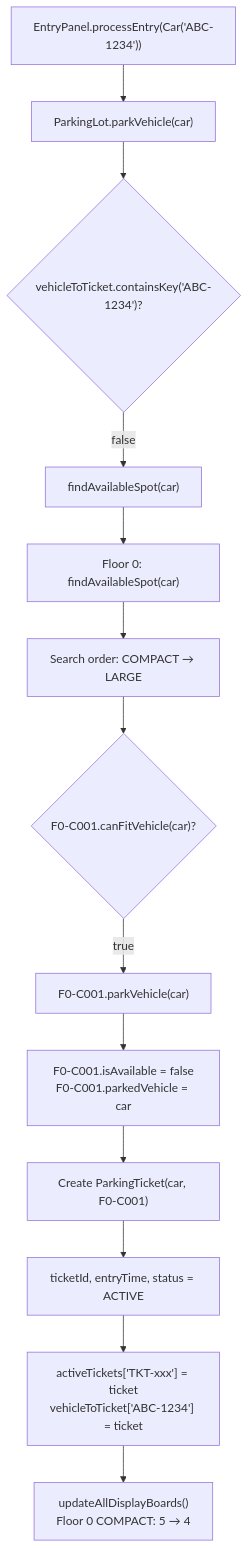
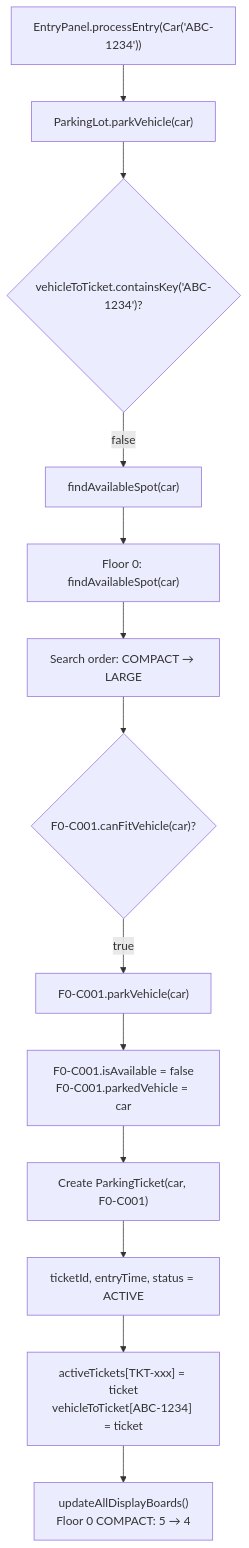
Before and after one commit to Prateeshtalasu/SystemDesignGuide: the first of 9 diagrams in Phase-08-Low-Level-Design/01-parking-lot/03-simulation-testing.md, drawn with Mermaid. The commit also changed other lines of this file and 171 other files, not shown here.

Commit message:
Convert ASCII diagrams to Mermaid in Phase-08-Low-Level-Design - Converted 2 ASCII diagrams (library-management state transition, elevator-system class diagram) to Mermaid - Validated all 100 existing Mermaid diagrams - Wrapped ASCII diagrams in collapsible details blocks for reference

````diff
--- a/Phase-08-Low-Level-Design/01-parking-lot/03-simulation-testing.md
+++ b/Phase-08-Low-Level-Design/01-parking-lot/03-simulation-testing.md
@@ -18,22 +18,22 @@
 ```mermaid
 flowchart TD
     A["EntryPanel.processEntry(Car('ABC-1234'))"]
     B["ParkingLot.parkVehicle(car)"]
     C{"vehicleToTicket.containsKey('ABC-1234')?"}
     D["findAvailableSpot(car)"]
     E["Floor 0: findAvailableSpot(car)"]
     F["Search order: COMPACT → LARGE"]
     G{"F0-C001.canFitVehicle(car)?"}
     H["F0-C001.parkVehicle(car)"]
     I["F0-C001.isAvailable = false<br/>F0-C001.parkedVehicle = car"]
     J["Create ParkingTicket(car, F0-C001)"]
     K["ticketId, entryTime, status = ACTIVE"]
-    L["activeTickets['TKT-xxx'] = ticket<br/>vehicleToTicket['ABC-1234'] = ticket"]
+    L["activeTickets[TKT-xxx] = ticket<br/>vehicleToTicket[ABC-1234] = ticket"]
     M["updateAllDisplayBoards()<br/>Floor 0 COMPACT: 5 → 4"]
 
     A --> B
     B --> C
     C -->|false| D
     D --> E --> F --> G
     G -->|true| H --> I --> J --> K --> L --> M
 ```
````
